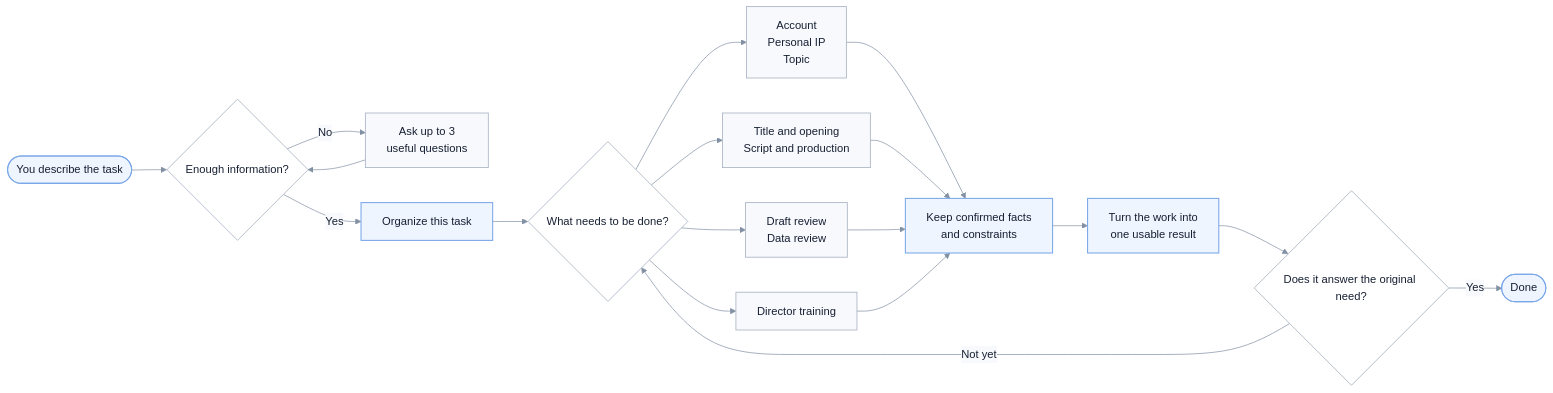
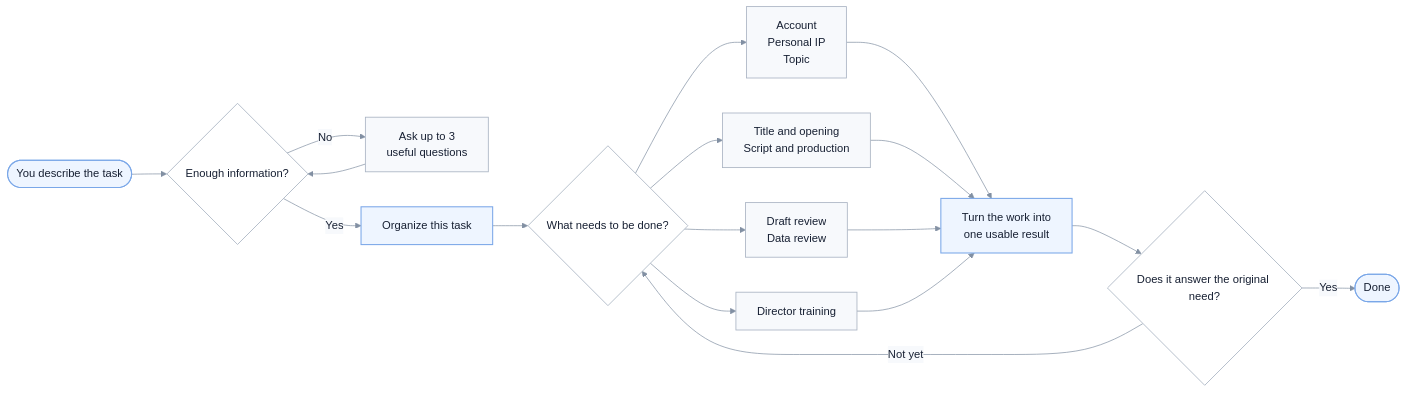
Before and after one commit to Eliotcute/human-best-video-director: the second of 2 diagrams in README.en.md, drawn with Mermaid. The commit also changed other lines of this file and 2 other files, not shown here.

Commit message:
Add project architecture and publishing links

````diff
--- a/README.en.md
+++ b/README.en.md
@@ -85,30 +145,27 @@
 ```mermaid
 %%{init: {"theme":"base","themeVariables":{"background":"#ffffff","primaryColor":"#eef5ff","primaryTextColor":"#172033","primaryBorderColor":"#7aa7e8","lineColor":"#8290a3","secondaryColor":"#f7f9fc","tertiaryColor":"#ffffff","fontFamily":"-apple-system, BlinkMacSystemFont, Segoe UI, sans-serif"},"flowchart":{"curve":"basis"}}}%%
 flowchart LR
     U(["You describe the task"]) --> G{"Enough information?"}
     G -- "No" --> Q["Ask up to 3<br/>useful questions"]
     Q --> G
     G -- "Yes" --> B["Organize this task"]
-
     B --> R{"What needs to be done?"}
     R --> A["Account<br/>Personal IP<br/>Topic"]
     R --> C["Title and opening<br/>Script and production"]
     R --> D["Draft review<br/>Data review"]
     R --> T["Director training"]
-
-    A --> H["Keep confirmed facts<br/>and constraints"]
-    C --> H
-    D --> H
-    T --> H
-    H --> O["Turn the work into<br/>one usable result"]
+    A --> O["Turn the work into<br/>one usable result"]
+    C --> O
+    D --> O
+    T --> O
     O --> V{"Does it answer the original need?"}
     V -- "Not yet" --> R
     V -- "Yes" --> Z(["Done"])
 
     classDef main fill:#eef5ff,stroke:#7aa7e8,color:#172033,stroke-width:1.5px;
     classDef plain fill:#ffffff,stroke:#aab4c3,color:#172033,stroke-width:1.2px;
     classDef branch fill:#f7f9fc,stroke:#aab4c3,color:#172033,stroke-width:1.2px;
-    class U,B,H,O,Z main;
+    class U,B,O,Z main;
     class G,R,V plain;
     class Q,A,C,D,T branch;
 ```
````
